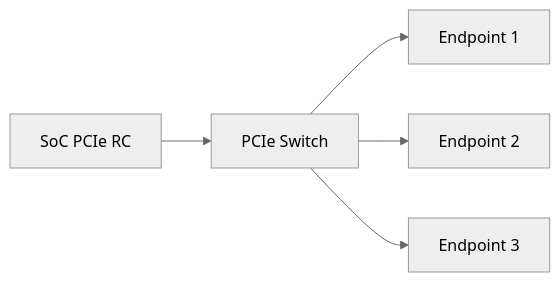
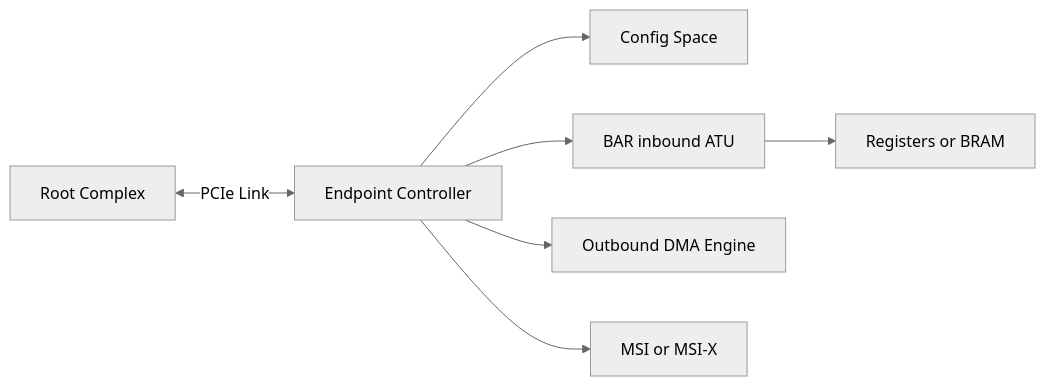
The diagram in docs/articles/pcie/pci-11-pcie-endpoint-hardware-link-bring-up.md (cdragon-ljl/EEandEdgeAI), drawn with Mermaid (neutral theme) before and after one commit. The commit also changed other lines of this file and 3 other files, not shown here.

Commit message:
docs(pcie): rewrite performance debug and endpoint guides

````diff
--- a/docs/articles/pcie/pci-11-pcie-endpoint-hardware-link-bring-up.md
+++ b/docs/articles/pcie/pci-11-pcie-endpoint-hardware-link-bring-up.md
@@ -30,7 +22,9 @@
 ```mermaid
 flowchart LR
-    A[SoC PCIe RC] --> B[PCIe Switch]
-    B --> C[Endpoint 1]
-    B --> D[Endpoint 2]
-    B --> E[Endpoint 3]
+    HOST[Root Complex] <-->|PCIe Link| EP[Endpoint Controller]
+    EP --> CFG[Config Space]
+    EP --> IN[BAR inbound ATU]
+    IN --> REG[Registers or BRAM]
+    EP --> DMA[Outbound DMA Engine]
+    EP --> MSI[MSI or MSI-X]
 ```
````
